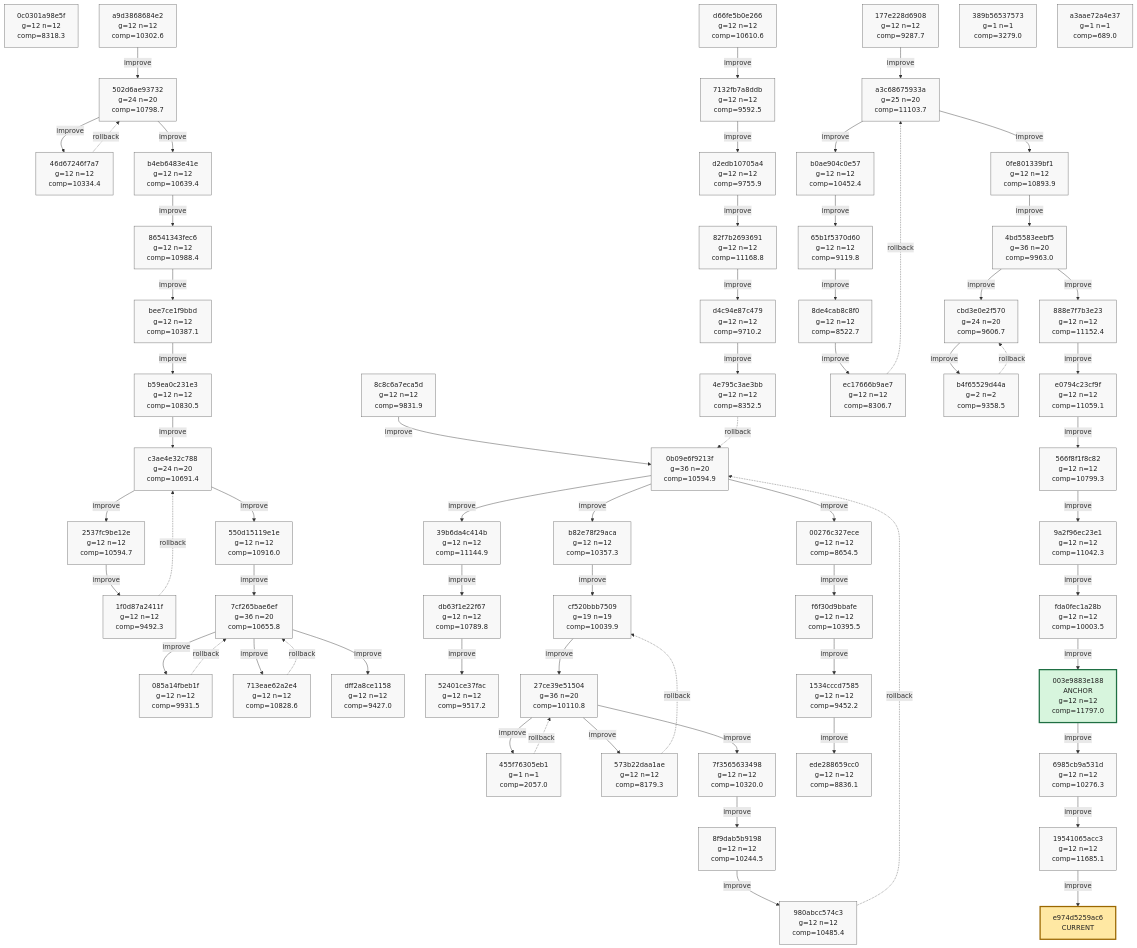
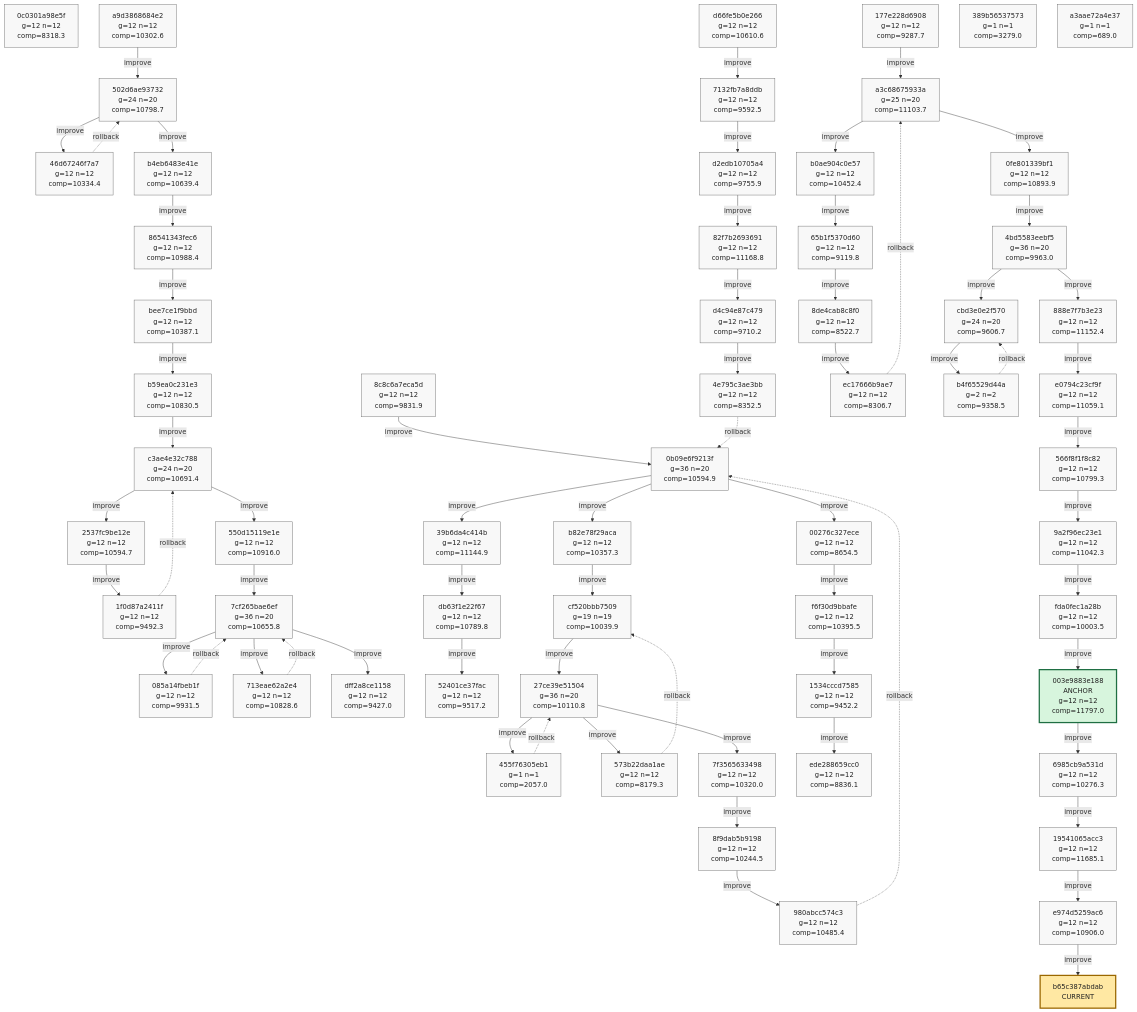
One commit to azumag/soviet_now changed the tenth of 10 diagrams in phyrogenetic-tree.md. Above: the diagram before and after it, drawn with Mermaid. The commit also changed other lines of this file and 2 other files, not shown here.

Commit message:
eloop Improve after 12 games (scores: 13347 10499 14993 8697 8292 15533 11542 12118 10923 9822 12683 10947)

````diff
--- a/phyrogenetic-tree.md
+++ b/phyrogenetic-tree.md
@@ -2587,9 +2588,10 @@
     h_003e9883e188["003e9883e188<br/>ANCHOR<br/>g=12 n=12<br/>comp=11797.0"]
     h_6985cb9a531d["6985cb9a531d<br/>g=12 n=12<br/>comp=10276.3"]
     h_19541065acc3["19541065acc3<br/>g=12 n=12<br/>comp=11685.1"]
+    h_e974d5259ac6["e974d5259ac6<br/>g=12 n=12<br/>comp=10906.0"]
     h_389b56537573["389b56537573<br/>g=1 n=1<br/>comp=3279.0"]
     h_a3aae72a4e37["a3aae72a4e37<br/>g=1 n=1<br/>comp=689.0"]
-    h_e974d5259ac6["e974d5259ac6<br/>CURRENT"]
+    h_b65c387abdab["b65c387abdab<br/>CURRENT"]
 
     h_a9d3868684e2 -->|improve| h_502d6ae93732
     h_502d6ae93732 -->|improve| h_46d67246f7a7
@@ -2654,6 +2656,7 @@
     h_003e9883e188 -->|improve| h_6985cb9a531d
     h_6985cb9a531d -->|improve| h_19541065acc3
     h_19541065acc3 -->|improve| h_e974d5259ac6
+    h_e974d5259ac6 -->|improve| h_b65c387abdab
 
     classDef plain fill:#f8f8f8,stroke:#666,stroke-width:1px,color:#222;
     classDef current fill:#ffe8a3,stroke:#9a6700,stroke-width:3px,color:#222;
@@ -2717,7 +2720,8 @@
     class h_003e9883e188 anchor;
     class h_6985cb9a531d plain;
     class h_19541065acc3 plain;
+    class h_e974d5259ac6 plain;
     class h_389b56537573 plain;
     class h_a3aae72a4e37 plain;
-    class h_e974d5259ac6 current;
+    class h_b65c387abdab current;
 ```
````
